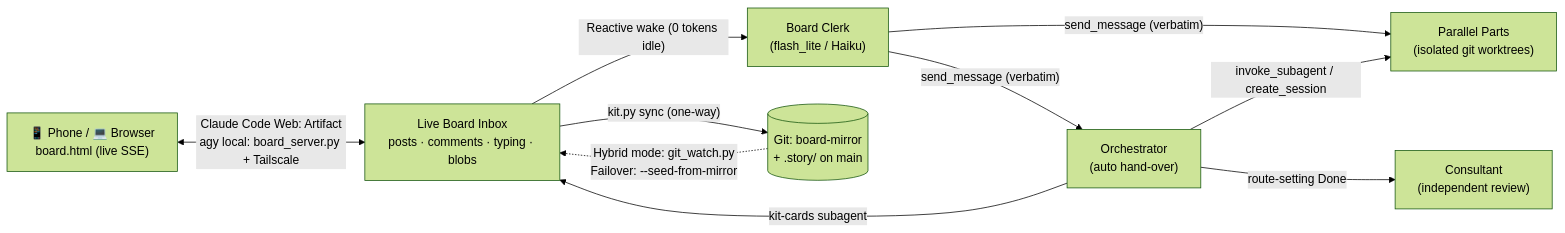
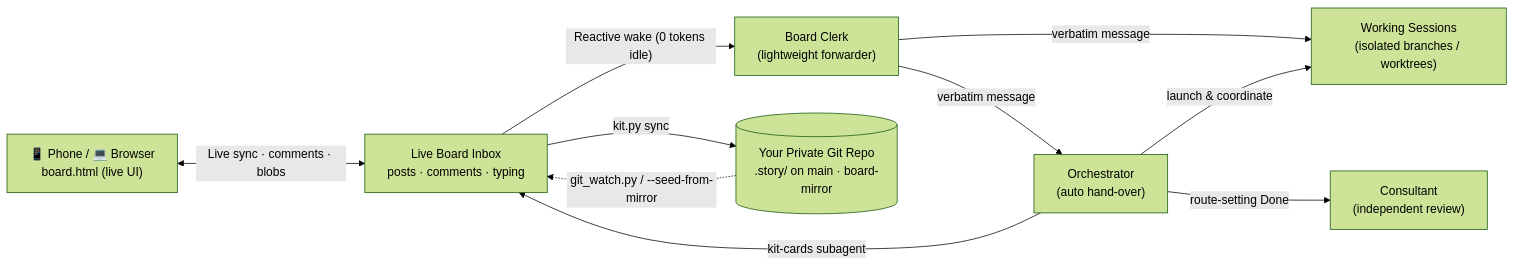
The diagram in README.md (anlonlt/board), drawn with Mermaid (forest theme) before and after one commit. The commit also changed other lines of this file, not shown here.

Commit message:
agy-local: unify README as one product (remove inaccurate competitor matrix & platform split)

````diff
--- a/README.md
+++ b/README.md
@@ -74,12 +81,12 @@
 ```mermaid
 flowchart LR
-    Phone["📱 Phone / 💻 Browser<br/>board.html (live SSE)"] <-->|"Claude Code Web: Artifact<br/>agy local: board_server.py + Tailscale"| Inbox["Live Board Inbox<br/>posts · comments · typing · blobs"]
-    Inbox -->|"Reactive wake (0 tokens idle)"| Clerk["Board Clerk<br/>(flash_lite / Haiku)"]
-    Clerk -->|"send_message (verbatim)"| Orch["Orchestrator<br/>(auto hand-over)"]
-    Clerk -->|"send_message (verbatim)"| Parts["Parallel Parts<br/>(isolated git worktrees)"]
-    Orch -->|"invoke_subagent / create_session"| Parts
+    UI["📱 Phone / 💻 Browser<br/>board.html (live UI)"] <-->|"Live sync · comments · blobs"| Inbox["Live Board Inbox<br/>posts · comments · typing"]
+    Inbox -->|"Reactive wake (0 tokens idle)"| Clerk["Board Clerk<br/>(lightweight forwarder)"]
+    Clerk -->|"verbatim message"| Orch["Orchestrator<br/>(auto hand-over)"]
+    Clerk -->|"verbatim message"| Parts["Working Sessions<br/>(isolated branches / worktrees)"]
+    Orch -->|"launch & coordinate"| Parts
     Orch -->|"kit-cards subagent"| Inbox
     Orch -->|"route-setting Done"| Cons["Consultant<br/>(independent review)"]
-    Inbox -->|"kit.py sync (one-way)"| Mirror[("Git: board-mirror<br/>+ .story/ on main")]
-    Mirror -.->|"Hybrid mode: git_watch.py<br/>Failover: --seed-from-mirror"| Inbox
+    Inbox -->|"kit.py sync"| Git[("Your Private Git Repo<br/>.story/ on main · board-mirror")]
+    Git -.->|"git_watch.py / --seed-from-mirror"| Inbox
 ```
````
